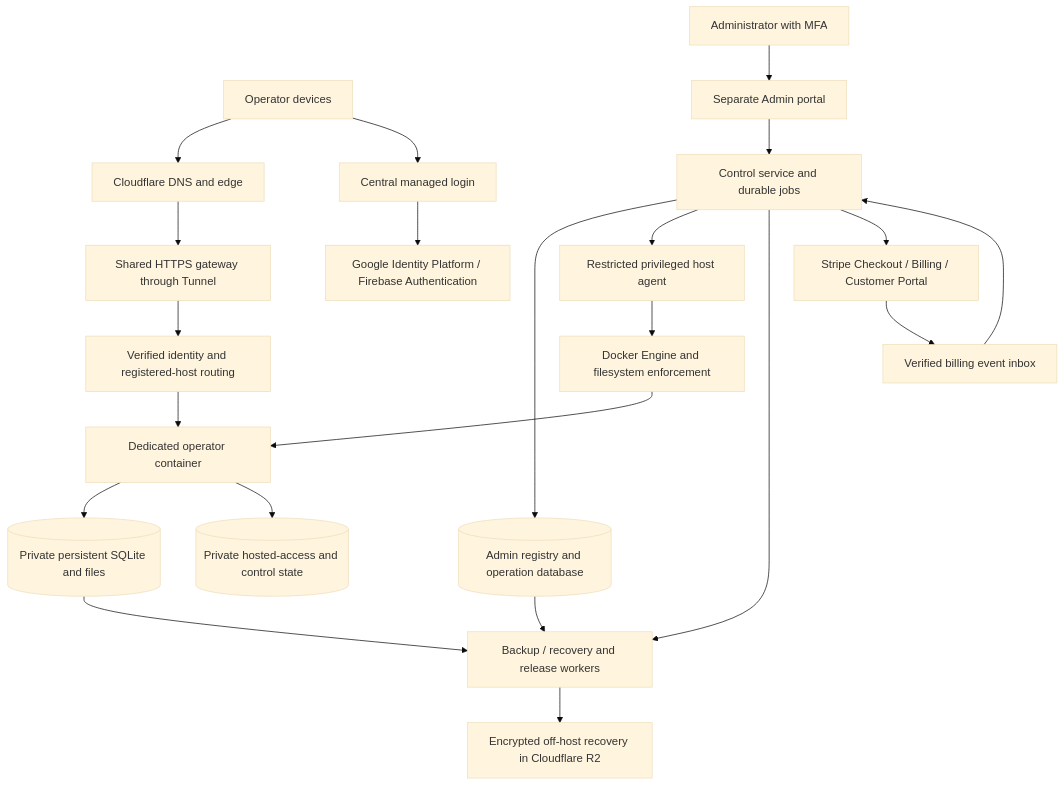
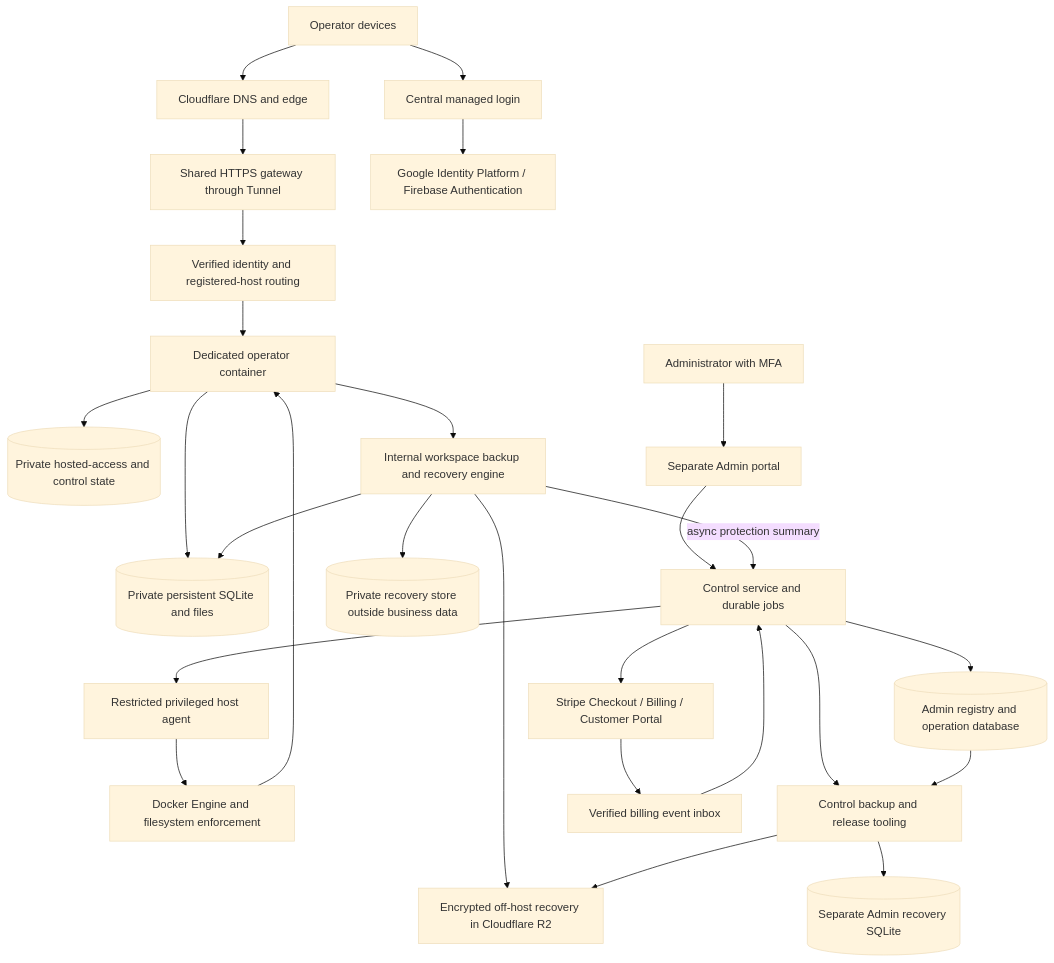
Before and after one commit to sandiegodavid/Easy-Property-Management: the diagram in docs/hosting/design/HOSTED_MVP_DESIGN.md, drawn with Mermaid (base theme). The commit also changed other lines of this file and 19 other files, not shown here.

Commit message:
H01, DB schema design, additional alignment

````diff
--- a/docs/hosting/design/HOSTED_MVP_DESIGN.md
+++ b/docs/hosting/design/HOSTED_MVP_DESIGN.md
@@ -117,24 +144,29 @@
 ```mermaid
 flowchart TB
     O[Operator devices] --> CF[Cloudflare DNS and edge]
     CF --> G[Shared HTTPS gateway through Tunnel]
     O --> L[Central managed login]
     L --> ID[Google Identity Platform / Firebase Authentication]
     G --> R[Verified identity and registered-host routing]
     R --> C[Dedicated operator container]
     C --> W[(Private persistent SQLite and files)]
     C --> A[(Private hosted-access and control state)]
     Admin[Administrator with MFA] --> AP[Separate Admin portal]
     AP --> CP[Control service and durable jobs]
     CP --> DB[(Admin registry and operation database)]
     CP --> H[Restricted privileged host agent]
     H --> D[Docker Engine and filesystem enforcement]
     D --> C
-    CP --> B[Backup / recovery and release workers]
-    W --> B
+    C --> K[Internal workspace backup and recovery engine]
+    K --> RC[(Private recovery store outside business data)]
+    K --> W
+    K --> R2[Encrypted off-host recovery in Cloudflare R2]
+    K -->|async protection summary| CP
+    CP --> B[Control backup and release tooling]
     DB --> B
-    B --> R2[Encrypted off-host recovery in Cloudflare R2]
+    B --> AR[(Separate Admin recovery SQLite)]
+    B --> R2
     CP --> Stripe[Stripe Checkout / Billing / Customer Portal]
     Stripe --> Inbox[Verified billing event inbox]
     Inbox --> CP
 ```
````
